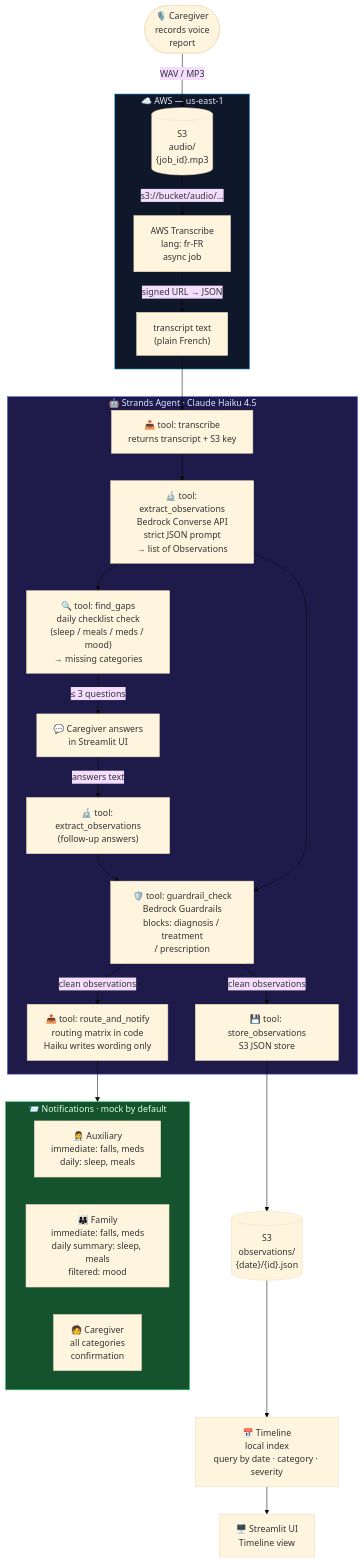
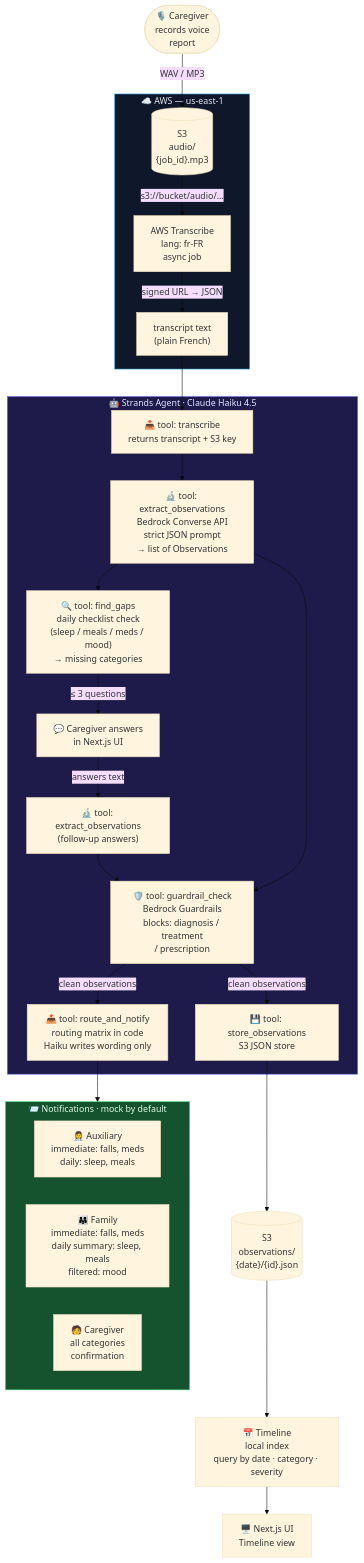
The first of 8 diagrams in karis_architecture.md (Amine-te/clover-v-sopra-steria-hackathon), drawn with Mermaid (base theme) before and after one commit. The commit also changed other lines of this file and 2 other files, not shown here.

Commit message:
replace streamlit with react in the docs

````diff
--- a/karis_architecture.md
+++ b/karis_architecture.md
@@ -5,40 +5,40 @@
 ```mermaid
 flowchart TD
     A([🎙️ Caregiver<br/>records voice<br/>report]) -->|WAV / MP3| B
 
     subgraph AWS ["☁️ AWS — us-east-1"]
         B[("S3<br/>audio/<br/>{job_id}.mp3")] -->|s3://bucket/audio/...| C
         C["AWS Transcribe<br/>lang: fr-FR<br/>async job"] -->|signed URL → JSON| D
         D["transcript text<br/>(plain French)"]
     end
 
     D --> E
 
     subgraph AGENT ["🤖 Strands Agent  ·  Claude Haiku 4.5"]
         E["📥 tool: transcribe<br/>returns transcript + S3 key"]
         E --> F["🔬 tool: extract_observations<br/>Bedrock Converse API<br/>strict JSON prompt<br/>→ list of Observations"]
         F --> G["🔍 tool: find_gaps<br/>daily checklist check<br/>(sleep / meals / meds / mood)<br/>→ missing categories"]
-        G -->|≤ 3 questions| H["💬 Caregiver answers<br/>in Streamlit UI"]
+        G -->|≤ 3 questions| H["💬 Caregiver answers<br/>in Next.js UI"]
         H -->|answers text| F2["🔬 tool: extract_observations<br/>(follow-up answers)"]
         F2 --> I
         F --> I["🛡️ tool: guardrail_check<br/>Bedrock Guardrails<br/>blocks: diagnosis / treatment<br/>/ prescription"]
         I -->|clean observations| J["📤 tool: route_and_notify<br/>routing matrix in code<br/>Haiku writes wording only"]
         I -->|clean observations| K["💾 tool: store_observations<br/>S3 JSON store"]
     end
 
     K --> L[("S3<br/>observations/<br/>{date}/{id}.json")]
     L --> M["📅 Timeline<br/>local index<br/>query by date · category · severity"]
-    M --> N["🖥️ Streamlit UI<br/>Timeline view"]
+    M --> N["🖥️ Next.js UI<br/>Timeline view"]
 
     J --> NOTIFY
 
     subgraph NOTIFY ["📨 Notifications  ·  mock by default"]
         P1["👩‍⚕️ Auxiliary<br/>immediate: falls, meds<br/>daily: sleep, meals"]
         P2["👨‍👩‍👧 Family<br/>immediate: falls, meds<br/>daily summary: sleep, meals<br/>filtered: mood"]
         P4["🧑 Caregiver<br/>all categories<br/>confirmation"]
     end
 
     style AGENT fill:#1e1b4b,color:#e0e7ff,stroke:#6366f1
     style AWS fill:#0f172a,color:#e2e8f0,stroke:#38bdf8
     style NOTIFY fill:#14532d,color:#dcfce7,stroke:#4ade80
 ```
````
